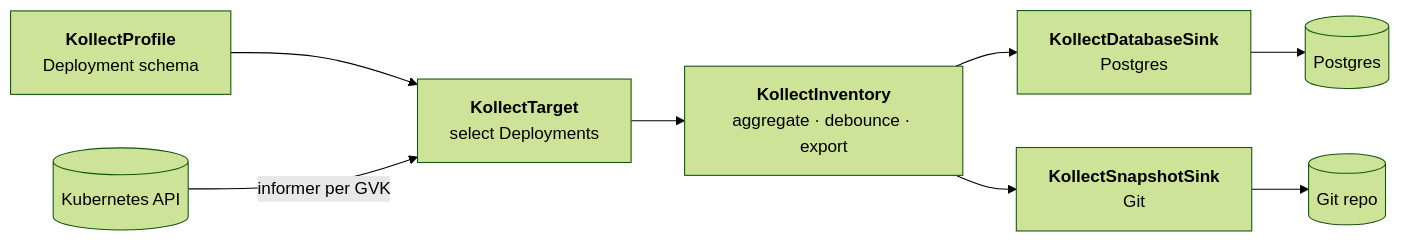
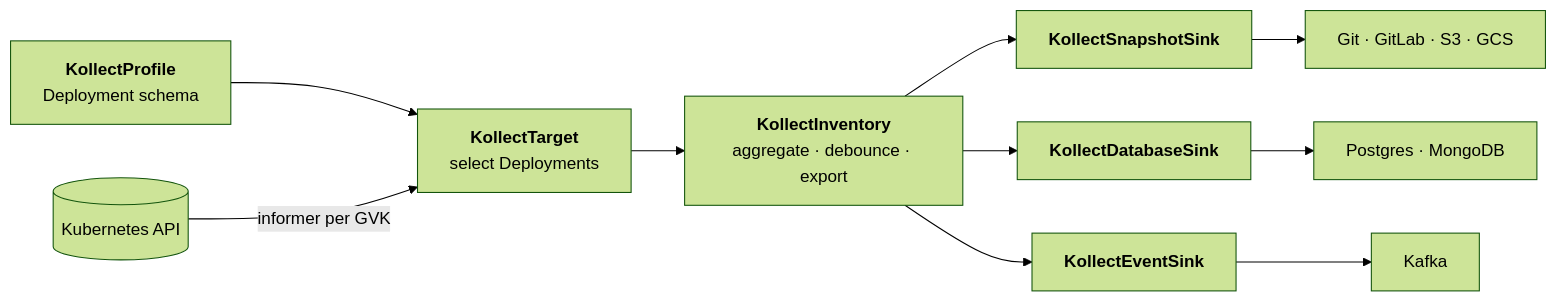
Before and after one commit to PlatformRelay/Kollect: the diagram in README.md, drawn with Mermaid (forest theme). The commit also changed other lines of this file and 16 other files, not shown here.

````diff
--- a/README.md
+++ b/README.md
@@ -68,17 +68,20 @@
 ```mermaid
 flowchart LR
   Profile["<b>KollectProfile</b><br/>Deployment schema"]
   Target["<b>KollectTarget</b><br/>select Deployments"]
   Inv["<b>KollectInventory</b><br/>aggregate · debounce · export"]
-  Db["<b>KollectDatabaseSink</b><br/>Postgres"]
-  Snap["<b>KollectSnapshotSink</b><br/>Git"]
+  Snap["<b>KollectSnapshotSink</b>"]
+  Db["<b>KollectDatabaseSink</b>"]
+  Ev["<b>KollectEventSink</b>"]
   K8s[("Kubernetes API")]
 
   Profile --> Target
   K8s -- "informer per GVK" --> Target
   Target --> Inv
+  Inv --> Snap
   Inv --> Db
-  Inv --> Snap
-  Db --> PG[("Postgres")]
-  Snap --> Git[("Git repo")]
+  Inv --> Ev
+  Snap --> SnapOut["Git · GitLab · S3 · GCS"]
+  Db --> DbOut["Postgres · MongoDB"]
+  Ev --> EvOut["Kafka"]
 ```
````
